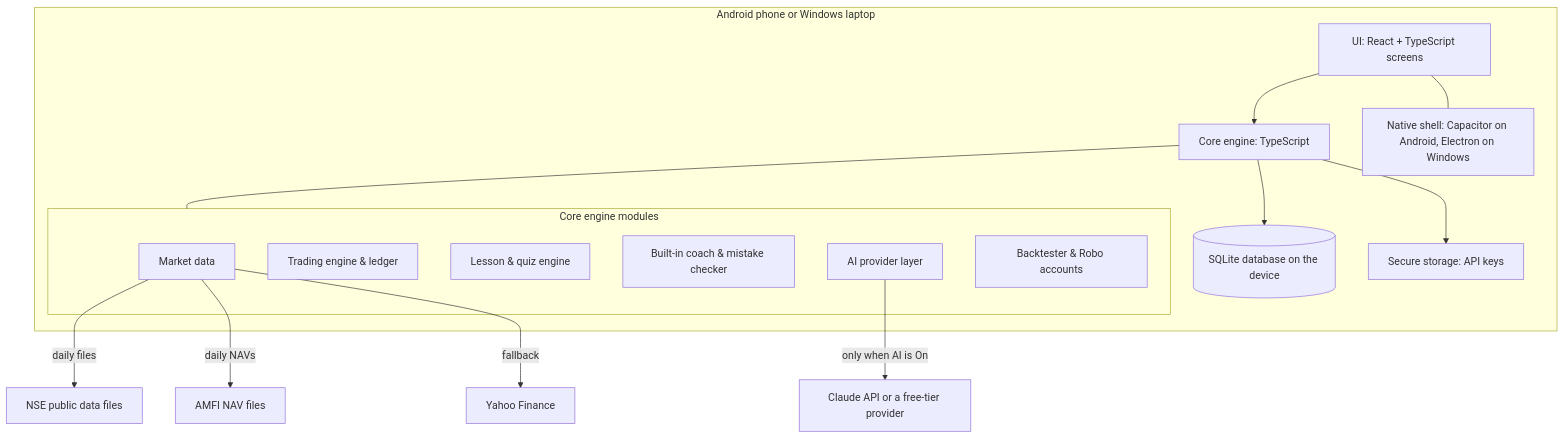
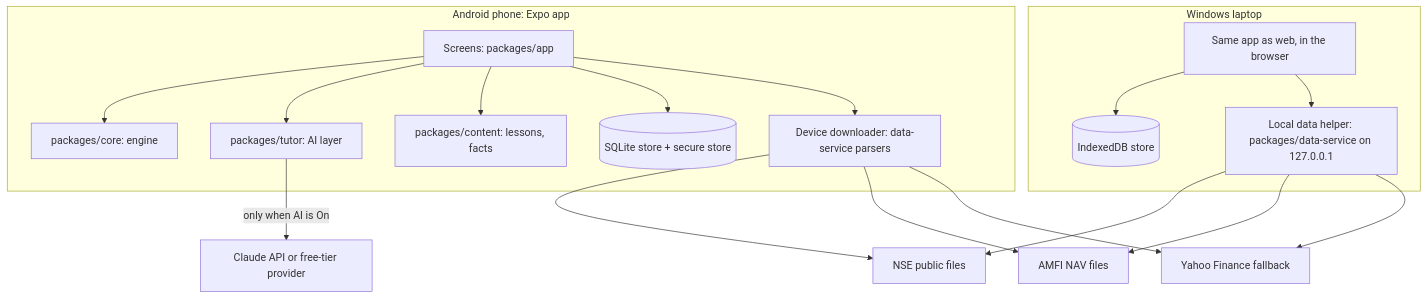
Before and after one commit to SunenaB3504/Trading: the diagram in docs/astro-trader-app/SYSTEM_SPECIFICATION_v1.md, drawn with Mermaid. The commit also changed other lines of this file and 3 other files, not shown here.

````diff
--- a/docs/astro-trader-app/SYSTEM_SPECIFICATION_v1.md
+++ b/docs/astro-trader-app/SYSTEM_SPECIFICATION_v1.md
@@ -53,23 +60,21 @@
 ```mermaid
 graph TD
-    subgraph Device[Android phone or Windows laptop]
-        UI[UI: React + TypeScript screens] --> Core[Core engine: TypeScript]
-        Core --> DB[(SQLite database on the device)]
-        Core --> Sec[Secure storage: API keys]
-        subgraph CoreModules[Core engine modules]
-            MD[Market data]
-            TE[Trading engine & ledger]
-            LE[Lesson & quiz engine]
-            CO[Built-in coach & mistake checker]
-            AI[AI provider layer]
-            BT[Backtester & Robo accounts]
-        end
-        Core --- CoreModules
-        Shell[Native shell: Capacitor on Android, Electron on Windows]
-        UI --- Shell
+    subgraph Phone[Android phone: Expo app]
+        UIa[Screens: packages/app] --> Core[packages/core: engine]
+        UIa --> Tut[packages/tutor: AI layer]
+        UIa --> Cont[packages/content: lessons, facts]
+        UIa --> KVa[(SQLite store + secure store)]
+        UIa --> DLa[Device downloader: data-service parsers]
     end
-    MD -->|daily files| NSE[NSE public data files]
-    MD -->|daily NAVs| AMFI[AMFI NAV files]
-    MD -->|fallback| YF[Yahoo Finance]
-    AI -->|only when AI is On| Prov[Claude API or a free-tier provider]
+    subgraph Laptop[Windows laptop]
+        UIb[Same app as web, in the browser] --> KVb[(IndexedDB store)]
+        UIb --> Helper[Local data helper: packages/data-service on 127.0.0.1]
+    end
+    DLa --> NSE[NSE public files]
+    DLa --> AMFI[AMFI NAV files]
+    Helper --> NSE
+    Helper --> AMFI
+    Helper --> YF[Yahoo Finance fallback]
+    DLa --> YF
+    Tut -->|only when AI is On| Prov[Claude API or free-tier provider]
 ```
````
